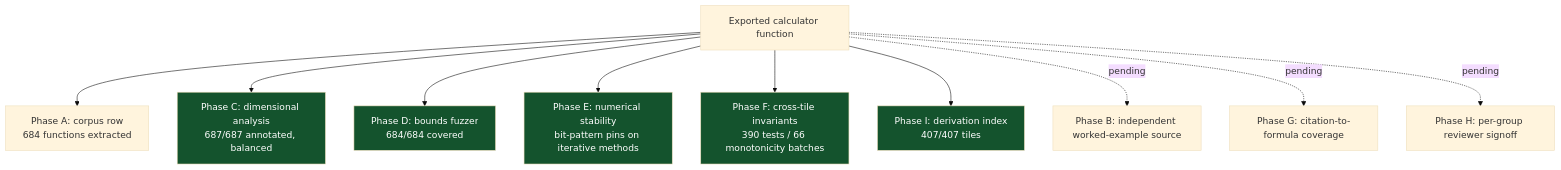
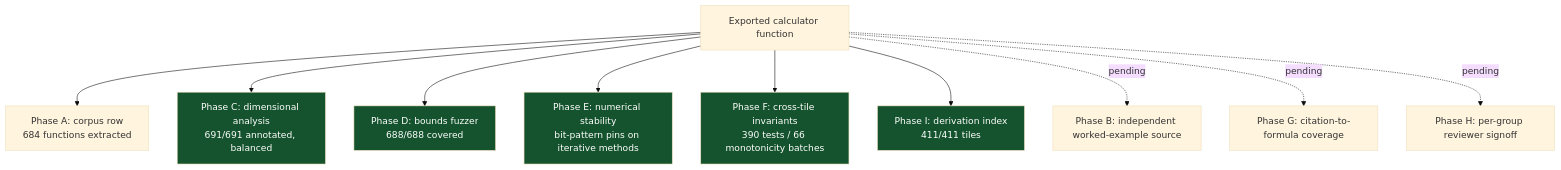
The fourth of 5 diagrams in README.md (clay-good/roughlogic.com), drawn with Mermaid (base theme) before and after one commit. The commit also changed other lines of this file and 19 other files, not shown here.

````diff
--- a/README.md
+++ b/README.md
@@ -206,17 +206,17 @@
 ```mermaid
 flowchart TB
     F[Exported calculator function] --> A[Phase A: corpus row\n684 functions extracted]
-    F --> C[Phase C: dimensional analysis\n687/687 annotated, balanced]
-    F --> D[Phase D: bounds fuzzer\n684/684 covered]
+    F --> C[Phase C: dimensional analysis\n691/691 annotated, balanced]
+    F --> D[Phase D: bounds fuzzer\n688/688 covered]
     F --> E[Phase E: numerical stability\nbit-pattern pins on iterative methods]
     F --> Fa[Phase F: cross-tile invariants\n390 tests / 66 monotonicity batches]
-    F --> I[Phase I: derivation index\n407/407 tiles]
+    F --> I[Phase I: derivation index\n411/411 tiles]
     F -.pending.-> B[Phase B: independent worked-example source]
     F -.pending.-> G[Phase G: citation-to-formula coverage]
     F -.pending.-> H[Phase H: per-group reviewer signoff]
     style C fill:#14532d,color:#fff
     style D fill:#14532d,color:#fff
     style E fill:#14532d,color:#fff
     style Fa fill:#14532d,color:#fff
     style I fill:#14532d,color:#fff
 ```
````
